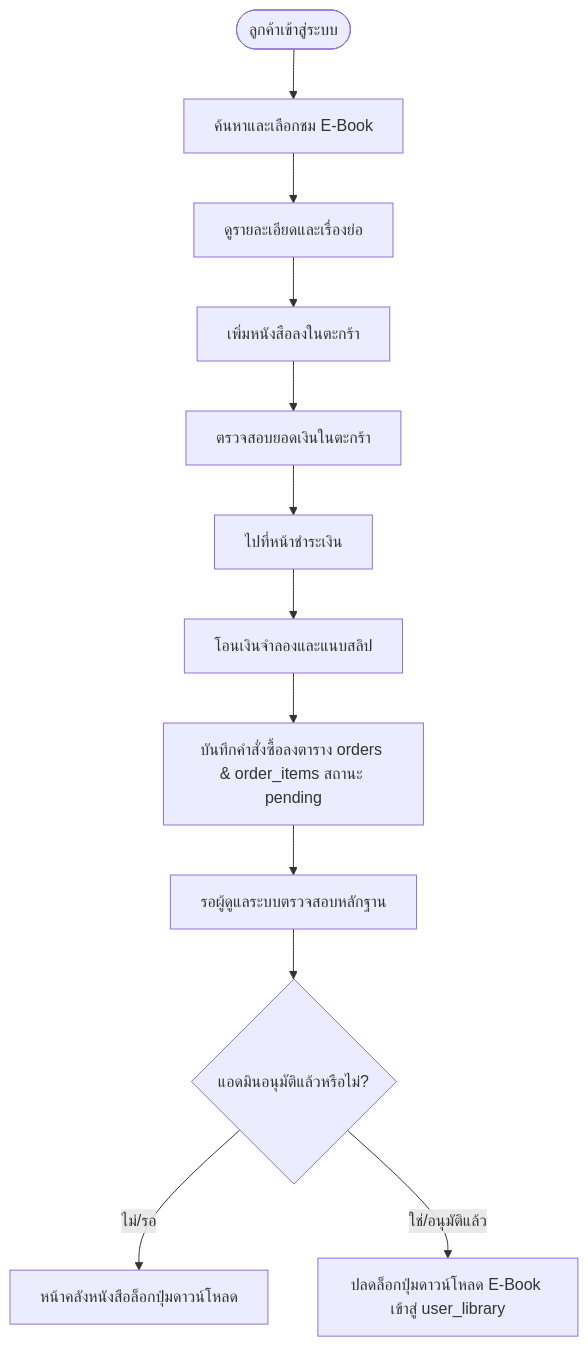
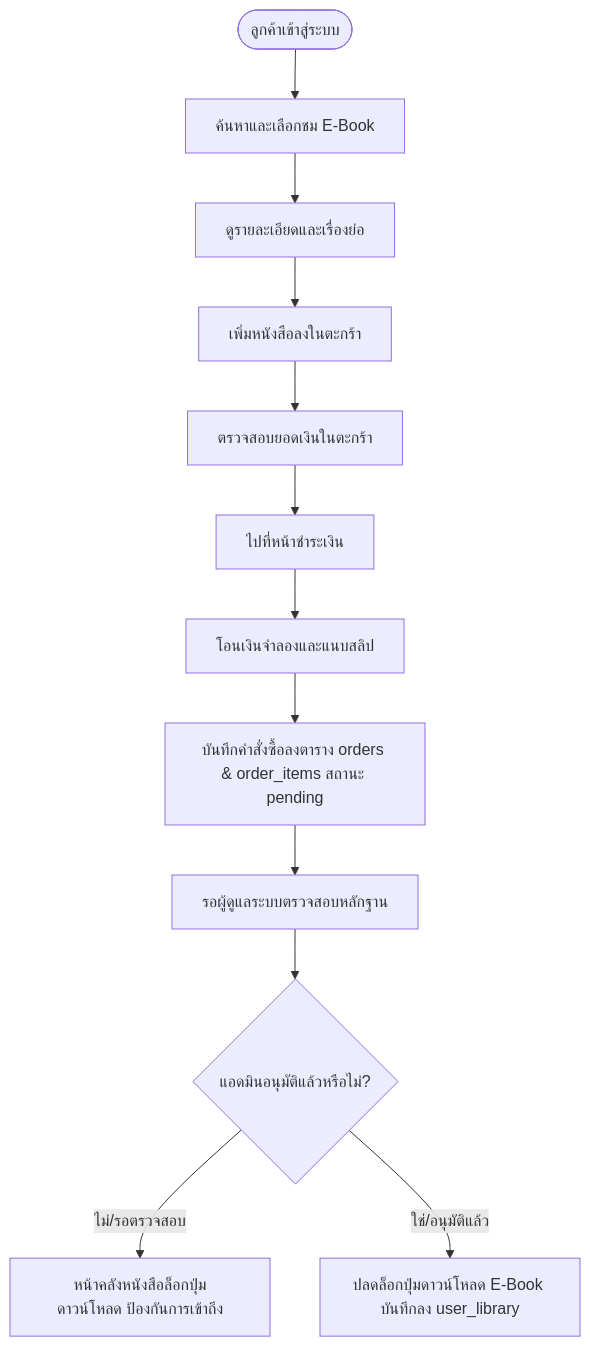
The second of 3 diagrams in MINI_PROJECT_DATABASE_REPORT.md (jumbo882jumbo-prog/bookcool), drawn with Mermaid before and after one commit. The commit also changed other lines of this file and 6 other files, not shown here.

````diff
--- a/MINI_PROJECT_DATABASE_REPORT.md
+++ b/MINI_PROJECT_DATABASE_REPORT.md
@@ -433,14 +476,14 @@
 ```mermaid
 flowchart TD
     Start([ลูกค้าเข้าสู่ระบบ]) --> Browse[ค้นหาและเลือกชม E-Book]
     Browse --> Detail[ดูรายละเอียดและเรื่องย่อ]
     Detail --> AddCart[เพิ่มหนังสือลงในตะกร้า]
     AddCart --> Cart[ตรวจสอบยอดเงินในตะกร้า]
     Cart --> Checkout[ไปที่หน้าชำระเงิน]
     Checkout --> UploadSlip[โอนเงินจำลองและแนบสลิป]
     UploadSlip --> CreateOrder[บันทึกคำสั่งซื้อลงตาราง orders & order_items สถานะ pending]
     CreateOrder --> WaitApprove[รอผู้ดูแลระบบตรวจสอบหลักฐาน]
     WaitApprove --> CheckStatus{แอดมินอนุมัติแล้วหรือไม่?}
-    CheckStatus -- ไม่/รอ --> Locked[หน้าคลังหนังสือล็อกปุ่มดาวน์โหลด]
-    CheckStatus -- ใช่/อนุมัติแล้ว --> Unlocked[ปลดล็อกปุ่มดาวน์โหลด E-Book เข้าสู่ user_library]
+    CheckStatus -- ไม่/รอตรวจสอบ --> Locked[หน้าคลังหนังสือล็อกปุ่มดาวน์โหลด ป้องกันการเข้าถึง]
+    CheckStatus -- ใช่/อนุมัติแล้ว --> Unlocked[ปลดล็อกปุ่มดาวน์โหลด E-Book บันทึกลง user_library]
 ```
````
